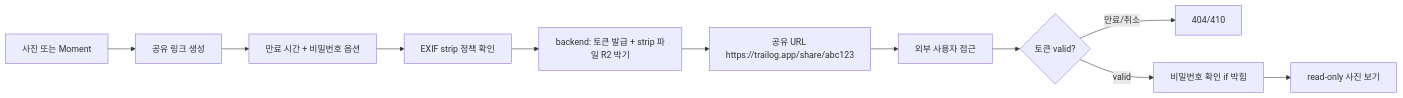
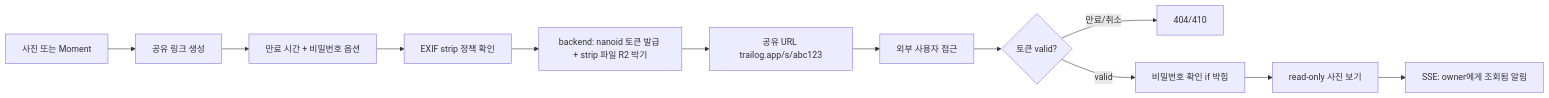
The first of 3 diagrams in docs/specs/phase-03-sharing.md (sikkzz/Trailog), drawn with Mermaid before and after one commit. The commit also changed other lines of this file and 3 other files, not shown here.

````diff
--- a/docs/specs/phase-03-sharing.md
+++ b/docs/specs/phase-03-sharing.md
@@ -119,13 +101,14 @@
 ```mermaid
 flowchart LR
     A[사진 또는 Moment] --> B[공유 링크 생성]
     B --> C[만료 시간 + 비밀번호 옵션]
     C --> D[EXIF strip 정책 확인]
-    D --> E[backend: 토큰 발급 + strip 파일 R2 박기]
-    E --> F[공유 URL https://trailog.app/share/abc123]
+    D --> E[backend: nanoid 토큰 발급 + strip 파일 R2 박기]
+    E --> F[공유 URL trailog.app/s/abc123]
     F --> G[외부 사용자 접근]
     G --> H{토큰 valid?}
     H -->|만료/취소| I[404/410]
     H -->|valid| J[비밀번호 확인 if 박힘]
     J --> K[read-only 사진 보기]
+    K --> L[SSE: owner에게 조회됨 알림]
 ```
````
